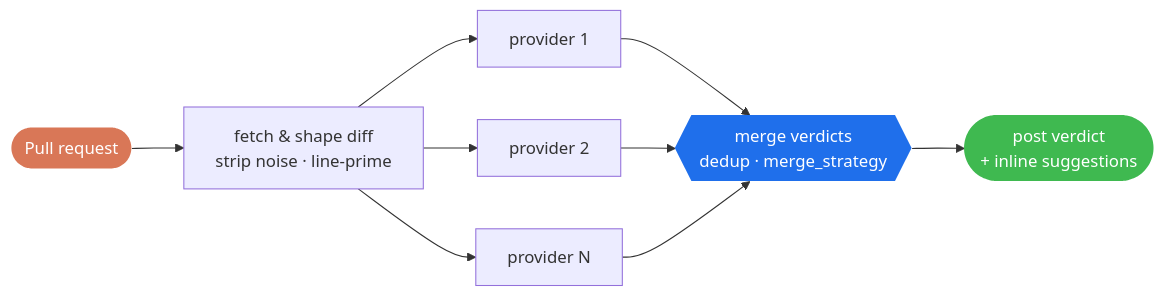
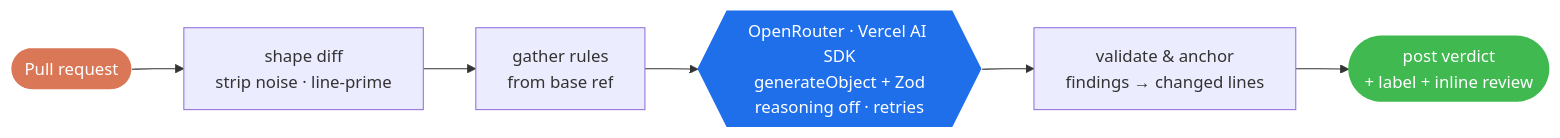
The diagram in README.md (Falconiere/toolu-ghactions), drawn with Mermaid before and after one commit. The commit also changed other lines of this file and 136 other files, not shown here.

````diff
--- a/README.md
+++ b/README.md
@@ -83,14 +83,11 @@
 ```mermaid
 flowchart LR
-    PR([Pull request]) --> D[fetch &amp; shape diff<br/>strip noise · line-prime]
-    D --> P1[provider 1]
-    D --> P2[provider 2]
-    D --> PN[provider N]
-    P1 --> M{{merge verdicts<br/>dedup · merge_strategy}}
-    P2 --> M
-    PN --> M
-    M --> V([post verdict<br/>+ inline suggestions])
+    PR([Pull request]) --> D[shape diff<br/>strip noise · line-prime]
+    D --> R[gather rules<br/>from base ref]
+    R --> L{{OpenRouter · Vercel AI SDK<br/>generateObject + Zod<br/>reasoning off · retries}}
+    L --> A[validate &amp; anchor<br/>findings → changed lines]
+    A --> V([post verdict<br/>+ label + inline review])
     style PR fill:#d97757,color:#fff,stroke:none
-    style M fill:#1f6feb,color:#fff,stroke:none
+    style L fill:#1f6feb,color:#fff,stroke:none
     style V fill:#3fb950,color:#fff,stroke:none
 ```
````
